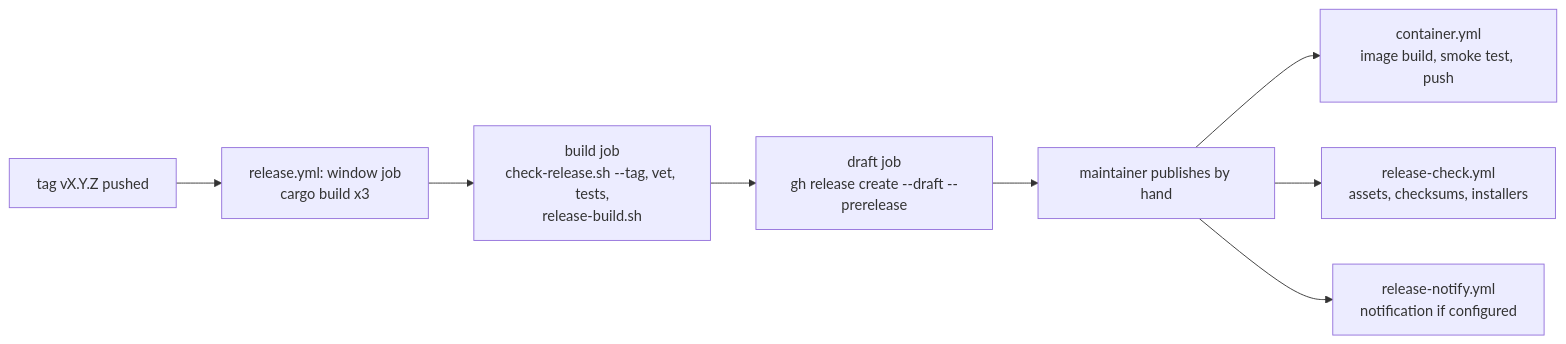
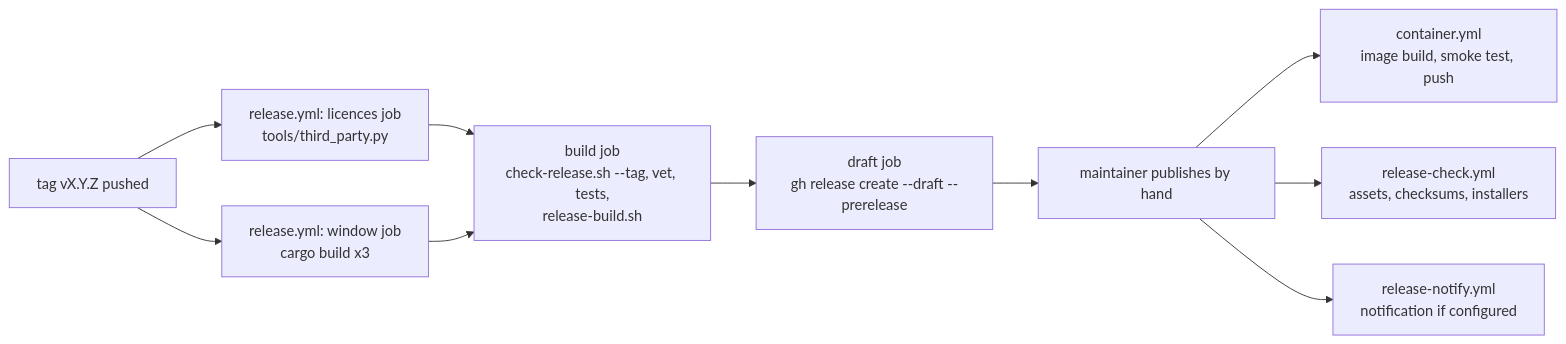
The sixth of 7 diagrams in docs/code-map.md (undecuple/re-psn), drawn with Mermaid before and after one commit. The commit also changed other lines of this file and 10 other files, not shown here.

First line of the commit message:
Ship the window program's third-party licence texts in the app archives (#260)

````diff
--- a/docs/code-map.md
+++ b/docs/code-map.md
@@ -246,10 +246,12 @@
 ```mermaid
 flowchart LR
   tag["tag vX.Y.Z pushed"] --> win["release.yml: window job<br/>cargo build x3"]
+  tag --> lic["release.yml: licences job<br/>tools/third_party.py"]
+  lic --> bld
   win --> bld["build job<br/>check-release.sh --tag, vet, tests,<br/>release-build.sh"]
   bld --> dr["draft job<br/>gh release create --draft --prerelease"]
   dr --> man["maintainer publishes by hand"]
   man --> cc["container.yml<br/>image build, smoke test, push"]
   man --> rc["release-check.yml<br/>assets, checksums, installers"]
   man --> rn["release-notify.yml<br/>notification if configured"]
 ```
````
